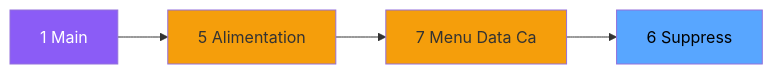
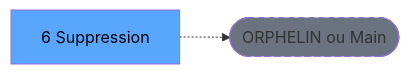
The second of 3 diagrams in .openspec/specs/ADH-IDE-6.md (thonyAGP/lecteur-magic), drawn with Mermaid before and after one commit. The commit also changed other lines of this file and 701 other files, not shown here.

````diff
--- a/.openspec/specs/ADH-IDE-6.md
+++ b/.openspec/specs/ADH-IDE-6.md
@@ -107,14 +117,8 @@
 ```mermaid
 graph LR
-    M[1 Main]
-    N5[5 Alimentation]
-    N7[7 Menu Data Ca]
-    T[6     Suppress]
-    M --> N5
-    N5 --> N7
-    N7 --> T
-    style M fill:#8b5cf6,color:#fff
-    style N5 fill:#f59e0b
-    style N7 fill:#f59e0b
+    T[6     Suppression]
+    ORPHAN([ORPHELIN ou Main])
+    T -.-> ORPHAN
     style T fill:#58a6ff,color:#000
+    style ORPHAN fill:#6b7280,stroke-dasharray: 5 5
 ```
````
